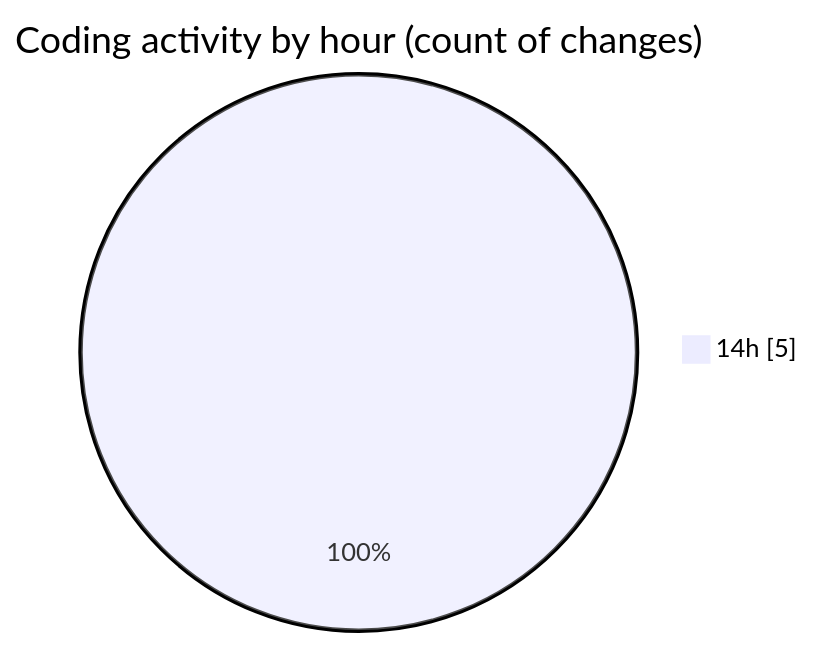
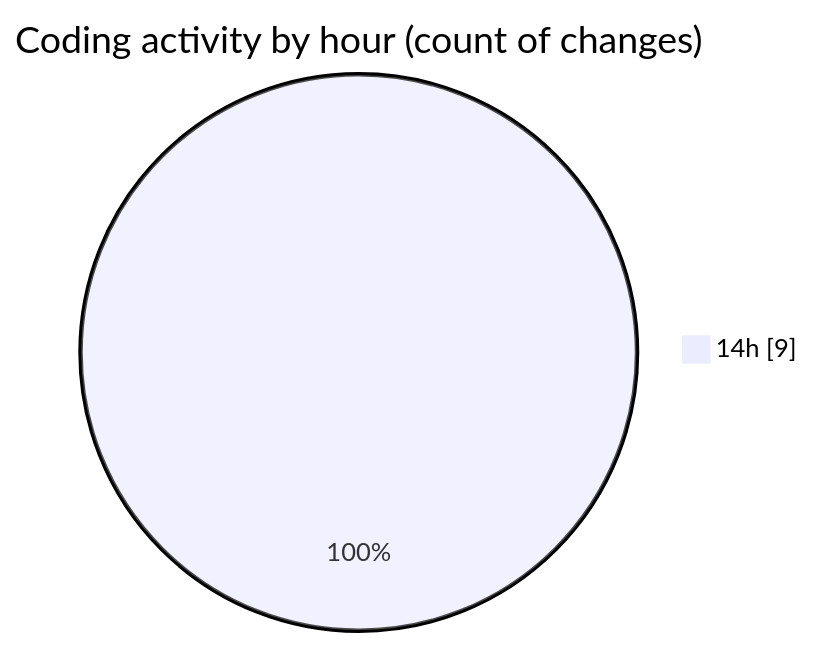
The second of 2 diagrams in 2025-04-22/indesign/README.md (Elitesun/code-tracking), drawn with Mermaid before and after one commit. The commit also changed other lines of this file and 1 other file, not shown here.

````diff
--- a/2025-04-22/indesign/README.md
+++ b/2025-04-22/indesign/README.md
@@ -29,5 +30,5 @@
 ```mermaid
 pie showData
 title Coding activity by hour (count of changes)
-"14h" : 5
+"14h" : 9
 ```
````
